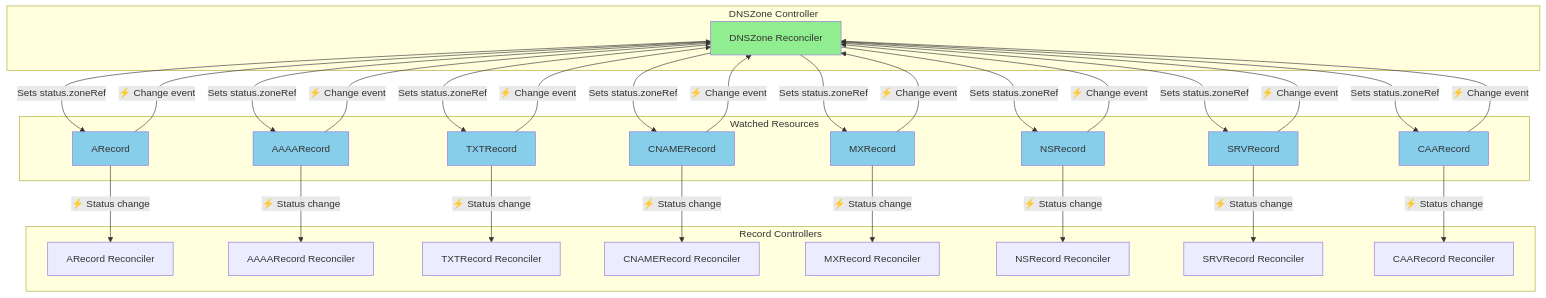
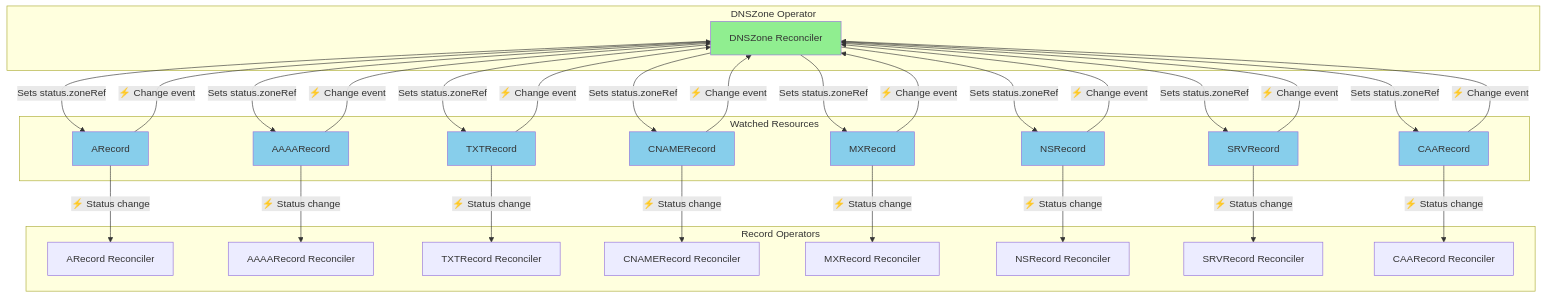
Before and after one commit to firestoned/bindy: the third of 6 diagrams in docs/src/architecture/label-selector-reconciliation.md, drawn with Mermaid. The commit also changed other lines of this file and 150 other files, not shown here.

Commit message:
Change the occurences from controller to operator (#83)

````diff
--- a/docs/src/architecture/label-selector-reconciliation.md
+++ b/docs/src/architecture/label-selector-reconciliation.md
@@ -259,65 +259,65 @@
 ```mermaid
 graph TB
-    subgraph "DNSZone Controller"
+    subgraph "DNSZone Operator"
         DZ[DNSZone Reconciler]
     end
 
     subgraph "Watched Resources"
         AR[ARecord]
         AAAA[AAAARecord]
         TXT[TXTRecord]
         CNAME[CNAMERecord]
         MX[MXRecord]
         NS[NSRecord]
         SRV[SRVRecord]
         CAA[CAARecord]
     end
 
-    subgraph "Record Controllers"
+    subgraph "Record Operators"
         ARC[ARecord Reconciler]
         AAARC[AAAARecord Reconciler]
         TXTRC[TXTRecord Reconciler]
         CNAMERC[CNAMERecord Reconciler]
         MXRC[MXRecord Reconciler]
         NSRC[NSRecord Reconciler]
         SRVRC[SRVRecord Reconciler]
         CAARC[CAARecord Reconciler]
     end
 
     AR -->|⚡ Change event| DZ
     AAAA -->|⚡ Change event| DZ
     TXT -->|⚡ Change event| DZ
     CNAME -->|⚡ Change event| DZ
     MX -->|⚡ Change event| DZ
     NS -->|⚡ Change event| DZ
     SRV -->|⚡ Change event| DZ
     CAA -->|⚡ Change event| DZ
 
     DZ -->|Sets status.zoneRef| AR
     DZ -->|Sets status.zoneRef| AAAA
     DZ -->|Sets status.zoneRef| TXT
     DZ -->|Sets status.zoneRef| CNAME
     DZ -->|Sets status.zoneRef| MX
     DZ -->|Sets status.zoneRef| NS
     DZ -->|Sets status.zoneRef| SRV
     DZ -->|Sets status.zoneRef| CAA
 
     AR -->|⚡ Status change| ARC
     AAAA -->|⚡ Status change| AAARC
     TXT -->|⚡ Status change| TXTRC
     CNAME -->|⚡ Status change| CNAMERC
     MX -->|⚡ Status change| MXRC
     NS -->|⚡ Status change| NSRC
     SRV -->|⚡ Status change| SRVRC
     CAA -->|⚡ Status change| CAARC
 
     style DZ fill:#90EE90
     style AR fill:#87CEEB
     style AAAA fill:#87CEEB
     style TXT fill:#87CEEB
     style CNAME fill:#87CEEB
     style MX fill:#87CEEB
     style NS fill:#87CEEB
     style SRV fill:#87CEEB
     style CAA fill:#87CEEB
 ```
````
